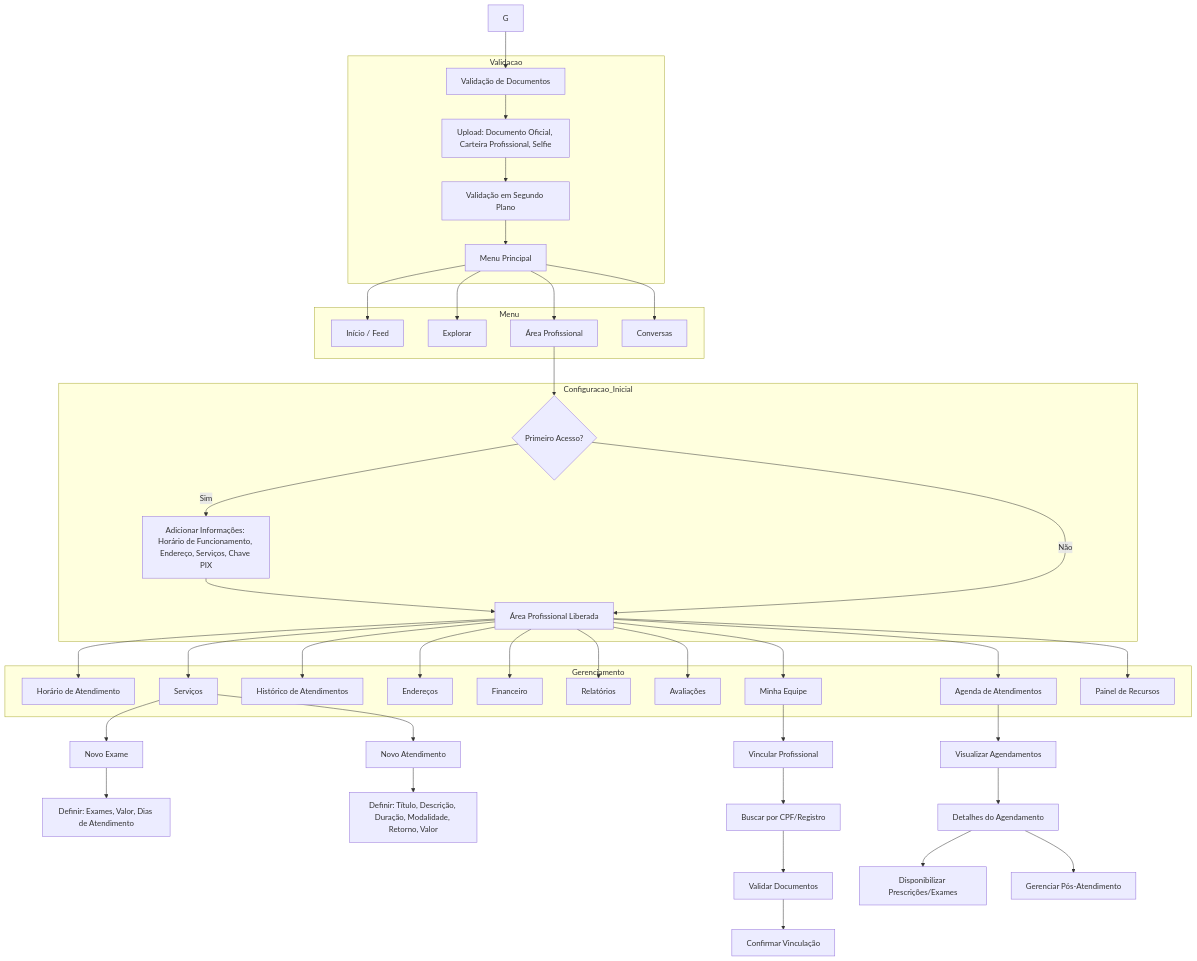
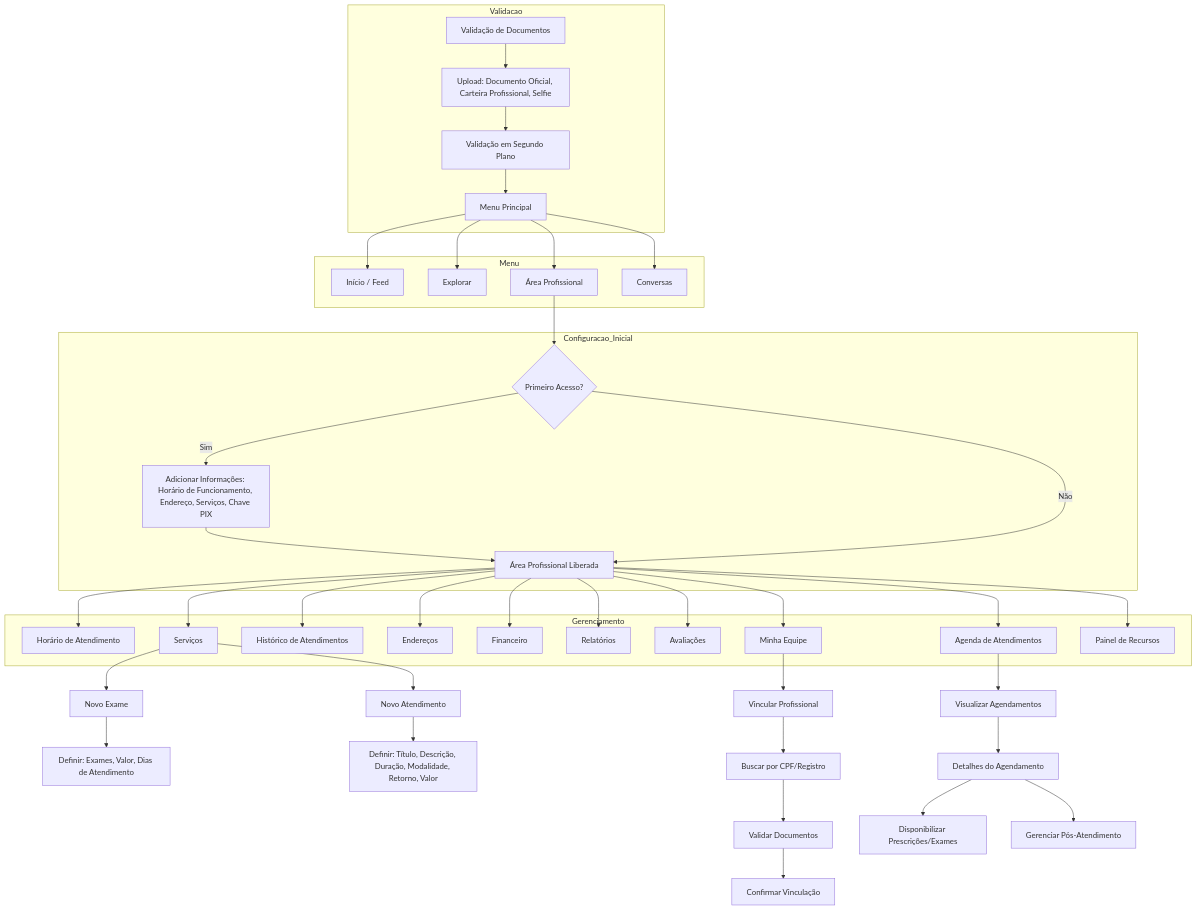
One commit to dev-tiagoandrade/diagramasisaude changed the fourth of 4 diagrams in README.md. Above: the diagram before and after it, drawn with Mermaid.

````diff
--- a/README.md
+++ b/README.md
@@ -211,63 +211,63 @@
 ```mermaid
 ---
 config:
   layout: dagre
 ---
 flowchart TD
     %% PRIMEIRO ACESSO E VALIDAÇÃO
-    G --> H[Validação de Documentos]
+    H[Validação de Documentos]
     subgraph Validacao
         H --> H1[Upload: Documento Oficial, Carteira Profissional, Selfie]
         H1 --> H2[Validação em Segundo Plano]
         H2 --> I[Menu Principal]
     end
 
     %% MENU PRINCIPAL
     subgraph Menu
         I --> J[Início / Feed]
         I --> K[Explorar]
         I --> L[Área Profissional]
         I --> M[Conversas]
     end
 
     %% ÁREA PROFISSIONAL - CONFIGURAÇÃO INICIAL
     subgraph Configuracao_Inicial
         L --> N{Primeiro Acesso?}
         N -->|Sim| O["Adicionar Informações: Horário de Funcionamento, Endereço, Serviços, Chave PIX"]
         O --> P[Área Profissional Liberada]
         N -->|Não| P
     end
 
     %% ÁREA PROFISSIONAL - GERENCIAMENTO
     subgraph Gerenciamento
         P --> Q[Horário de Atendimento]
         P --> R[Serviços]
         P --> S[Histórico de Atendimentos]
         P --> T[Endereços]
         P --> U[Financeiro]
         P --> V[Relatórios]
         P --> W[Avaliações]
         P --> X[Agenda de Atendimentos]
         P --> Y[Minha Equipe]
         P --> Z[Painel de Recursos]
     end
 
     %% SUBFLUXOS DETALHADOS
     %% Serviços
     R --> R1[Novo Exame]
     R1 --> R11["Definir: Exames, Valor, Dias de Atendimento"]
     R --> R2[Novo Atendimento]
     R2 --> R21["Definir: Título, Descrição, Duração, Modalidade, Retorno, Valor"]
 
     %% Minha Equipe
     Y --> Y1[Vincular Profissional]
     Y1 --> Y11[Buscar por CPF/Registro]
     Y11 --> Y12[Validar Documentos]
     Y12 --> Y13[Confirmar Vinculação]
 
     %% Agenda
     X --> X1[Visualizar Agendamentos]
     X1 --> X11[Detalhes do Agendamento]
     X11 --> X12[Disponibilizar Prescrições/Exames]
     X11 --> X13[Gerenciar Pós-Atendimento]
 ```
````
